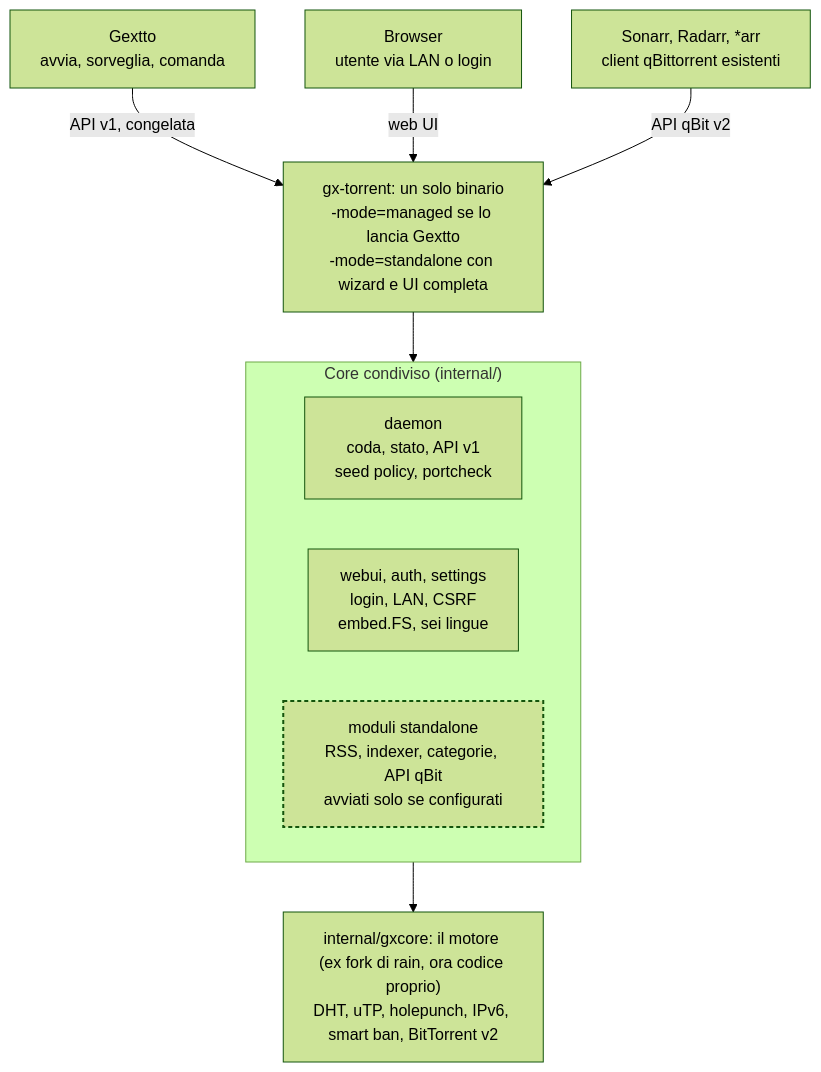
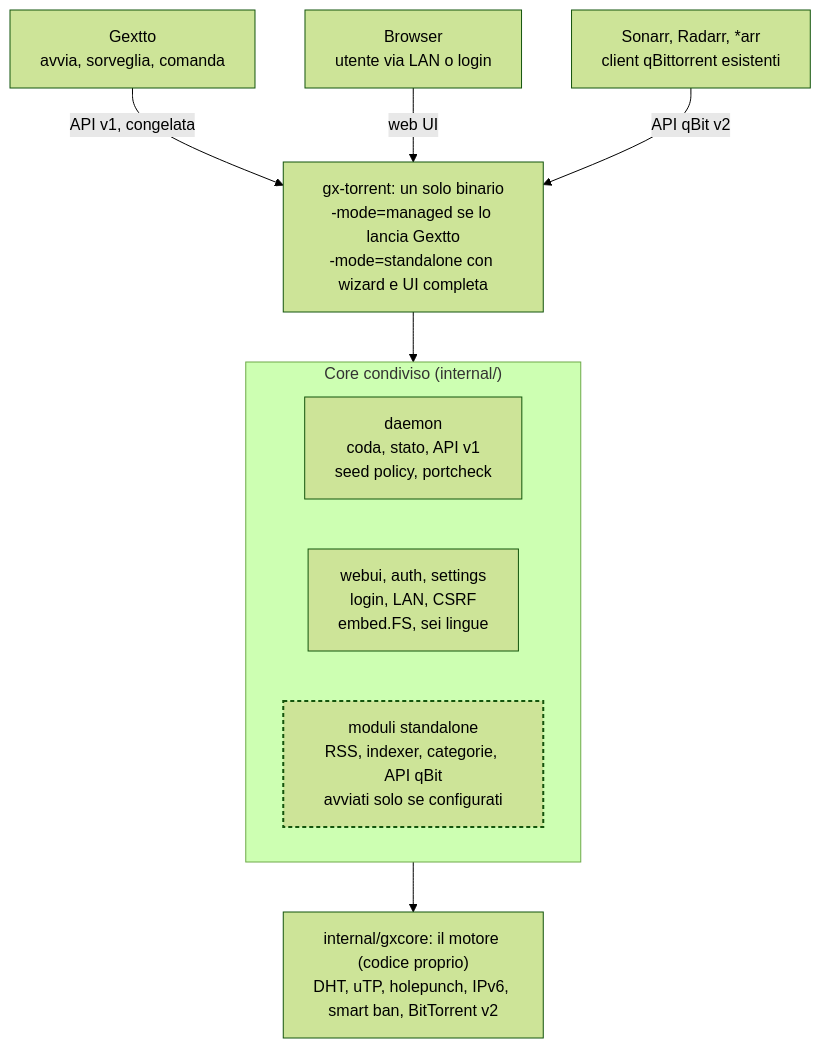
Before and after one commit to buzzqw/gextto: the diagram in docs/gx-torrent-evoluto.md, drawn with Mermaid (forest theme). The commit also changed other lines of this file and 84 other files, not shown here.

````diff
--- a/docs/gx-torrent-evoluto.md
+++ b/docs/gx-torrent-evoluto.md
@@ -269,19 +267,19 @@
 ```mermaid
 flowchart TB
     G["Gextto<br/>avvia, sorveglia, comanda"]
     B["Browser<br/>utente via LAN o login"]
     A["Sonarr, Radarr, *arr<br/>client qBittorrent esistenti"]
     X["gx-torrent: un solo binario<br/>-mode=managed se lo lancia Gextto<br/>-mode=standalone con wizard e UI completa"]
     subgraph CORE["Core condiviso (internal/)"]
         C1["daemon<br/>coda, stato, API v1<br/>seed policy, portcheck"]
         C2["webui, auth, settings<br/>login, LAN, CSRF<br/>embed.FS, sei lingue"]
         C3["moduli standalone<br/>RSS, indexer, categorie, API qBit<br/>avviati solo se configurati"]
     end
-    E["internal/gxcore: il motore (ex fork di rain, ora codice proprio)<br/>DHT, uTP, holepunch, IPv6, smart ban, BitTorrent v2"]
+    E["internal/gxcore: il motore (codice proprio)<br/>DHT, uTP, holepunch, IPv6, smart ban, BitTorrent v2"]
     G -- "API v1, congelata" --> X
     B -- "web UI" --> X
     A -- "API qBit v2" --> X
     X --> CORE
     CORE --> E
     style C3 stroke-width:2px,stroke-dasharray:4 3
 ```
````
